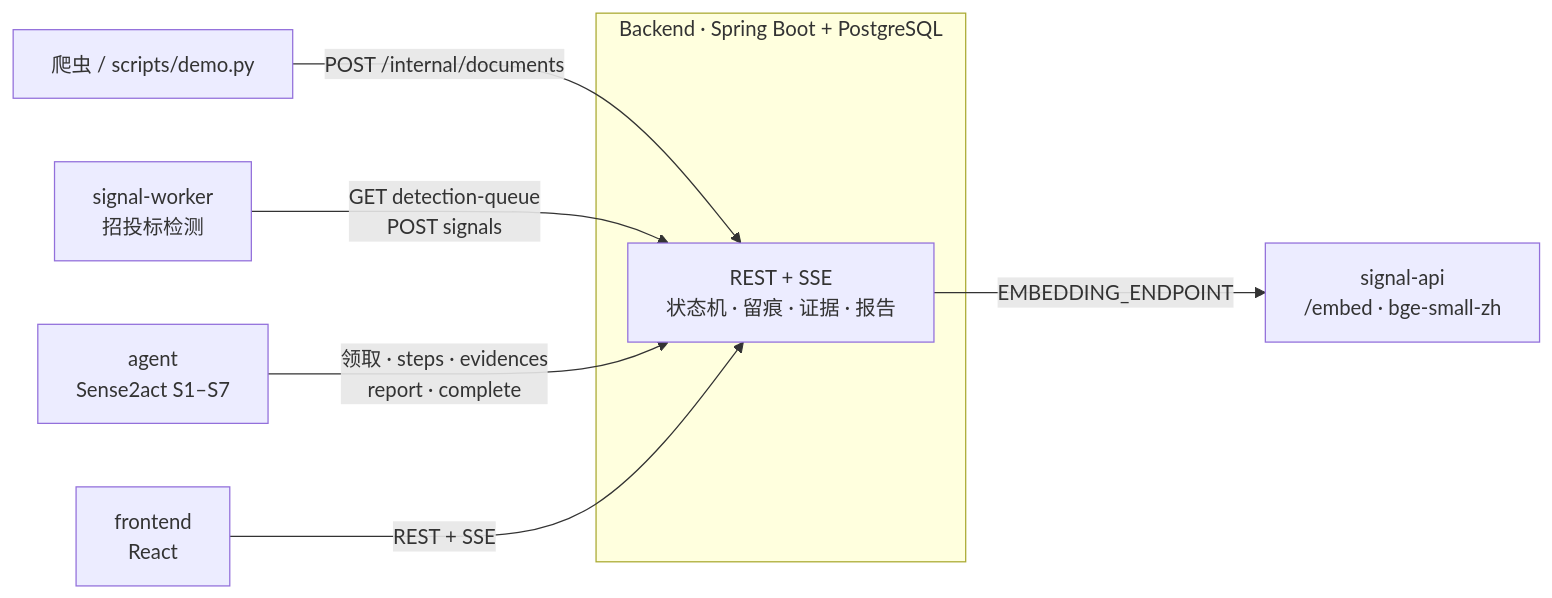
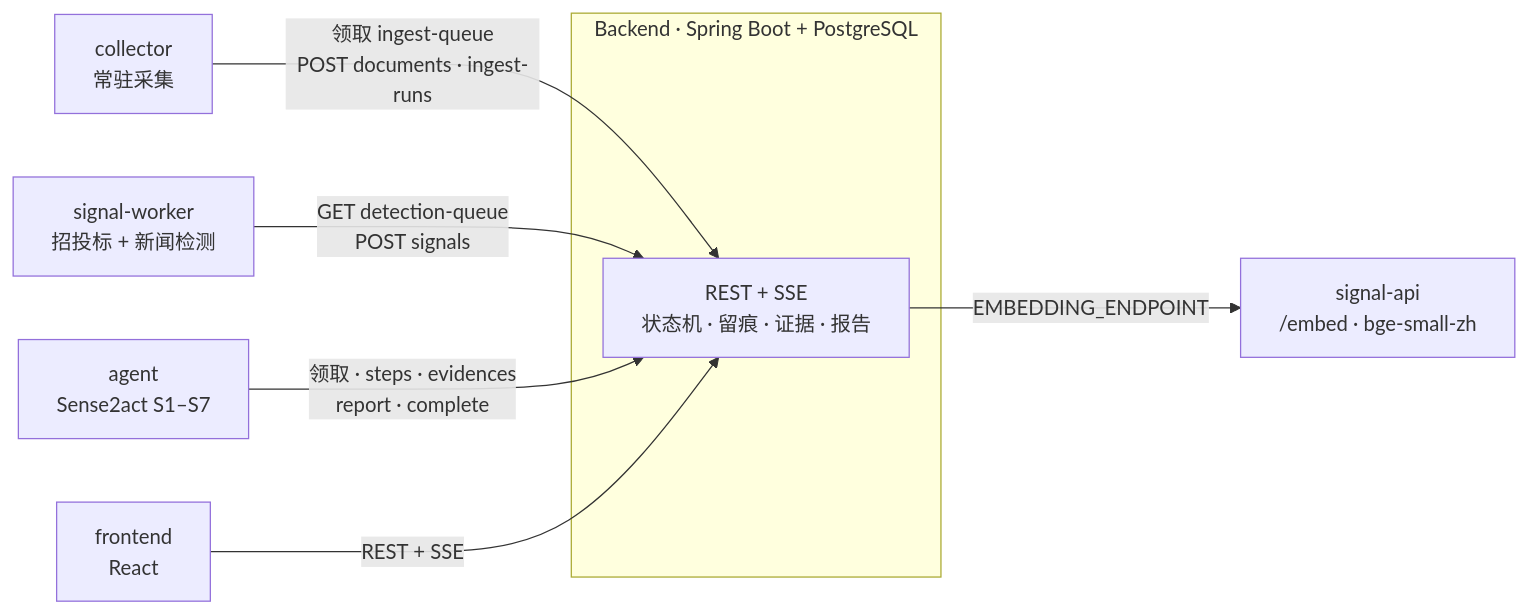
The diagram in README.md (Ye331/Sense2Act), drawn with Mermaid before and after one commit. The commit also changed other lines of this file and 3 other files, not shown here.

````diff
--- a/README.md
+++ b/README.md
@@ -9,11 +9,11 @@
 ```mermaid
 flowchart LR
-    C[爬虫 / scripts/demo.py] -->|POST /internal/documents| API
+    CO[collector<br/>常驻采集] -->|领取 ingest-queue<br/>POST documents · ingest-runs| API
     subgraph Backend [Backend · Spring Boot + PostgreSQL]
         API[REST + SSE<br/>状态机 · 留痕 · 证据 · 报告]
     end
-    SW[signal-worker<br/>招投标检测] -->|GET detection-queue<br/>POST signals| API
+    SW[signal-worker<br/>招投标 + 新闻检测] -->|GET detection-queue<br/>POST signals| API
     API -->|EMBEDDING_ENDPOINT| SA[signal-api<br/>/embed · bge-small-zh]
     AG[agent<br/>Sense2act S1–S7] -->|领取 · steps · evidences<br/>report · complete| API
     FE[frontend<br/>React] -->|REST + SSE| API
 ```
````
